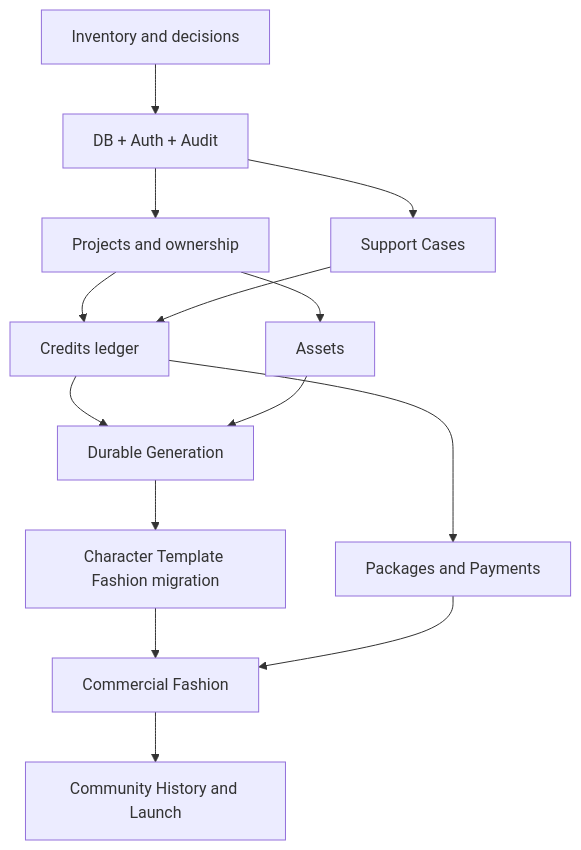
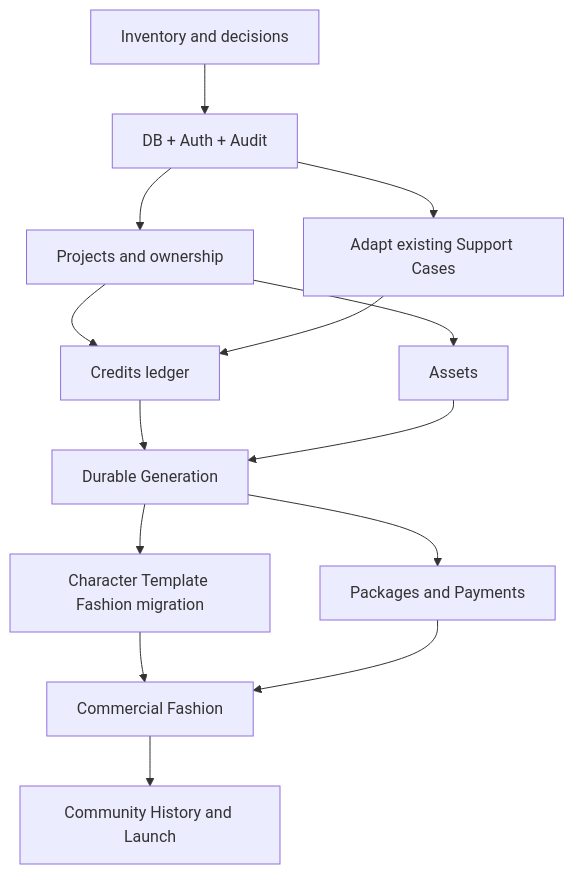
One commit to magicxeon/PromptForge changed the diagram in requirements/019-implementation-commercial-feature-plan/Phase2-20-current-state-reconciliation-and-execution-plan.md. Above: the diagram before and after it, drawn with Mermaid. The commit also changed other lines of this file and 34 other files, not shown here.

````diff
--- a/requirements/019-implementation-commercial-feature-plan/Phase2-20-current-state-reconciliation-and-execution-plan.md
+++ b/requirements/019-implementation-commercial-feature-plan/Phase2-20-current-state-reconciliation-and-execution-plan.md
@@ -123,16 +147,16 @@
 ```mermaid
 flowchart TD
   A[Inventory and decisions] --> B[DB + Auth + Audit]
   B --> C[Projects and ownership]
-  B --> D[Support Cases]
+  B --> D[Adapt existing Support Cases]
   C --> E[Credits ledger]
   D --> E
   C --> F[Assets]
   E --> G[Durable Generation]
   F --> G
   G --> H[Character Template Fashion migration]
-  E --> I[Packages and Payments]
+  G --> I[Packages and Payments]
   H --> J[Commercial Fashion]
   I --> J
   J --> K[Community History and Launch]
 ```
````
